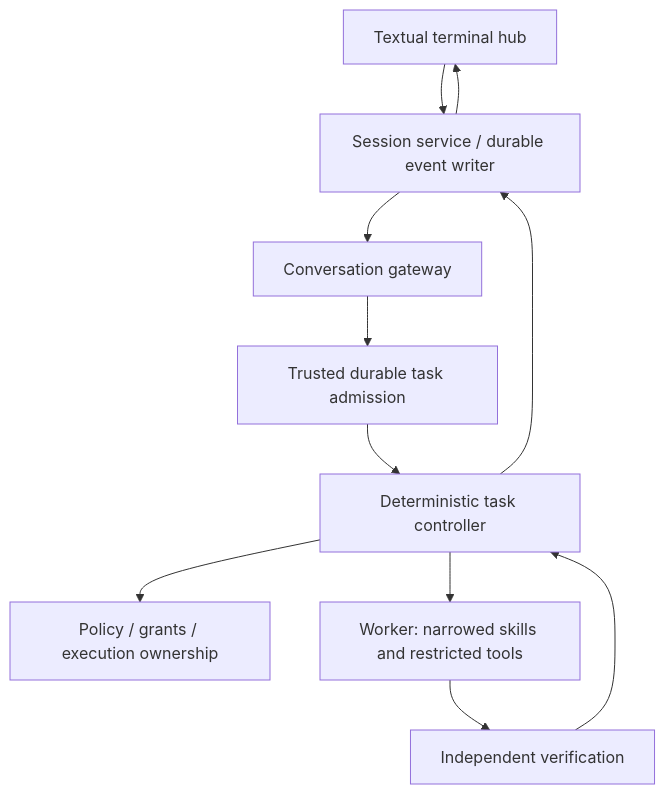
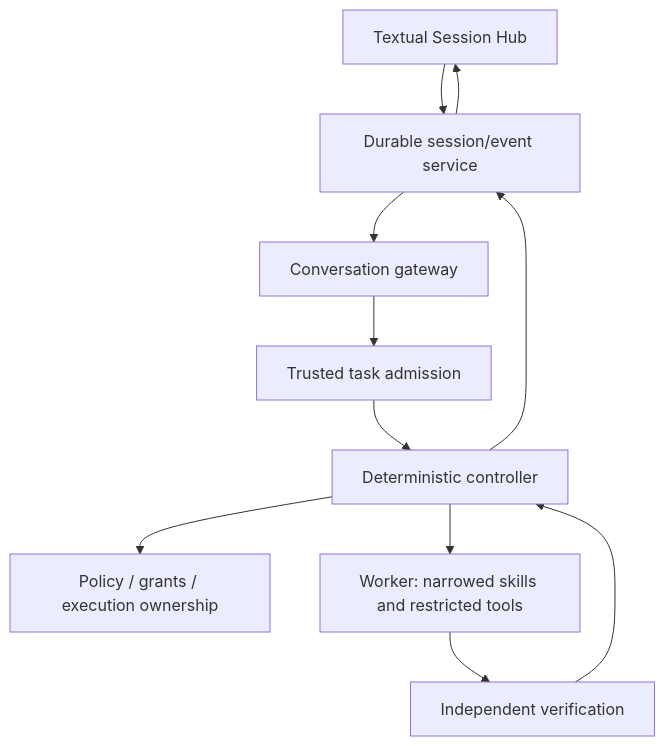
One commit to aidenbarrett/Local-Code-Agent changed the diagram in PROJECT_OVERVIEW.md. Above: the diagram before and after it, drawn with Mermaid. The commit also changed other lines of this file, not shown here.

````diff
--- a/PROJECT_OVERVIEW.md
+++ b/PROJECT_OVERVIEW.md
@@ -166,13 +47,13 @@
 ```mermaid
 flowchart TD
-    UI["Textual terminal hub"] --> S["Session service / durable event writer"]
+    UI["Textual Session Hub"] --> S["Durable session/event service"]
     S --> G["Conversation gateway"]
-    G --> A["Trusted durable task admission"]
-    A --> C["Deterministic task controller"]
+    G --> A["Trusted task admission"]
+    A --> C["Deterministic controller"]
     C --> P["Policy / grants / execution ownership"]
     C --> W["Worker: narrowed skills and restricted tools"]
     W --> V["Independent verification"]
     V --> C
     C --> S
     S --> UI
 ```
````
